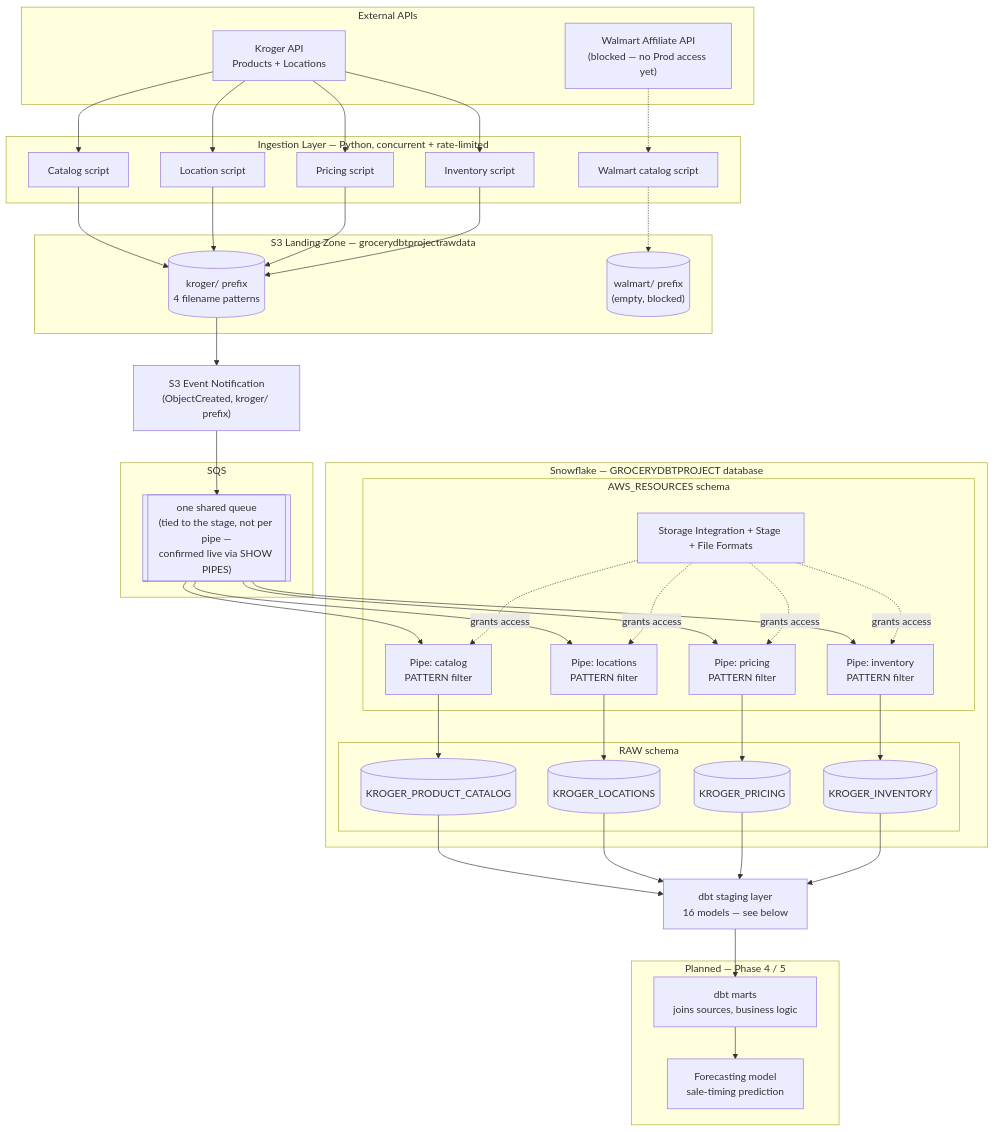
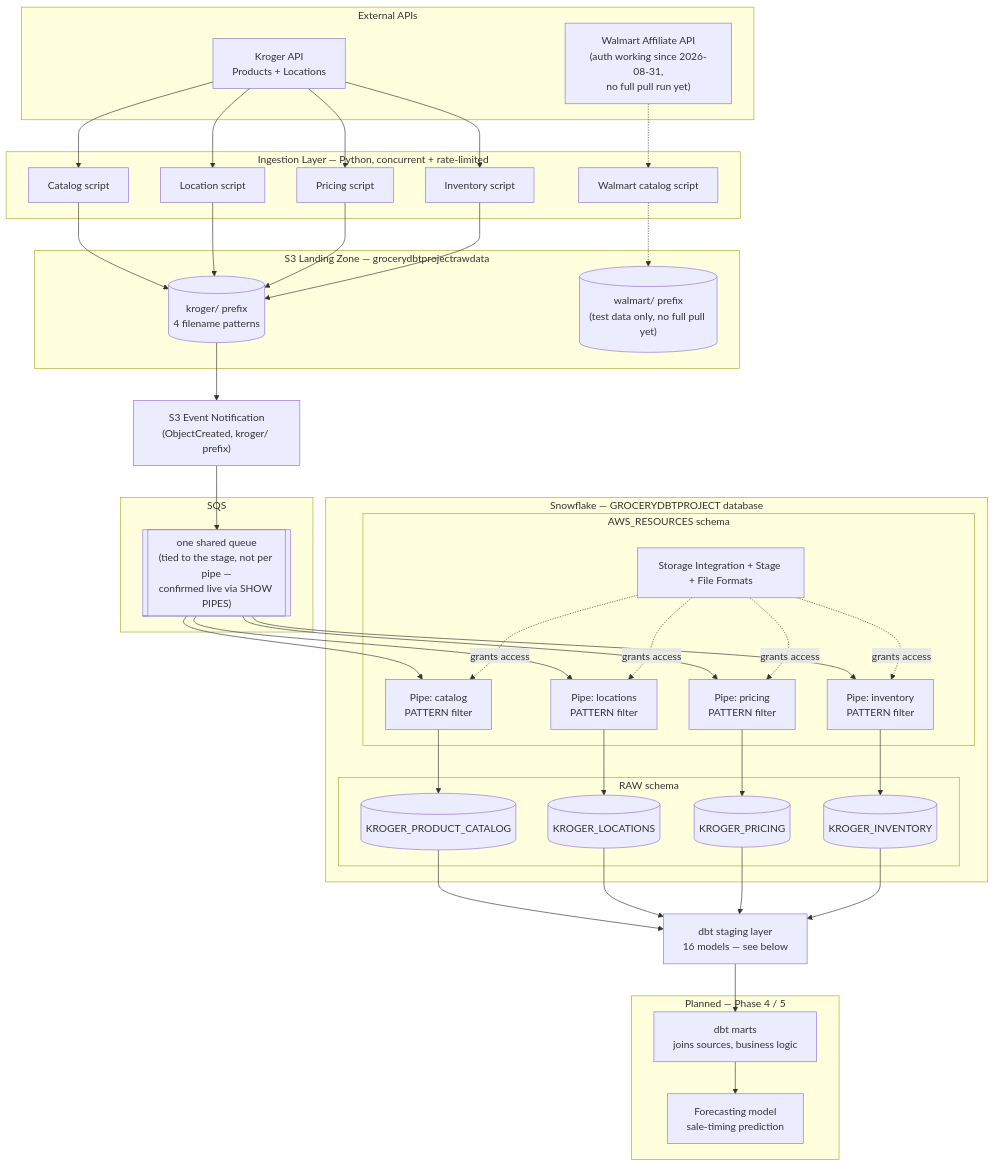
One commit to jdsmithwes/GroceryPriceProjectDBT changed the first of 3 diagrams in Project Architecture.md. Above: the diagram before and after it, drawn with Mermaid. The commit also changed other lines of this file and 2 other files, not shown here.

Commit message:
Resolve Walmart Prod auth; fix category filter to use real Food department
Root cause of the signature-verification failures was a key mismatch, not
a code bug (independently re-verified the signing implementation against
Walmart's own docs). Fixed by uploading a fresh key pair and confirming
the portal's key-version counter actually incremented. Also replaced the
unfiltered-walk + keyword-filter approach (which false-positived on
non-grocery items) with server-side scoping to Walmart's real Food
department, confirmed via the Taxonomy API.

Updated instructions.md and Project Architecture.md to reflect Walmart
moving from blocked to working.

````diff
--- a/Project Architecture.md
+++ b/Project Architecture.md
@@ -7,75 +7,75 @@
 ```mermaid
 flowchart TD
     subgraph EXT["External APIs"]
         KAPI["Kroger API<br/>Products + Locations"]
-        WAPI["Walmart Affiliate API<br/>(blocked — no Prod access yet)"]
+        WAPI["Walmart Affiliate API<br/>(auth working since 2026-08-31,<br/>no full pull run yet)"]
     end
 
     subgraph ING["Ingestion Layer — Python, concurrent + rate-limited"]
         KCAT["Catalog script"]
         KLOC["Location script"]
         KPRC["Pricing script"]
         KINV["Inventory script"]
         WCAT["Walmart catalog script"]
     end
 
     subgraph S3["S3 Landing Zone — grocerydbtprojectrawdata"]
         S3K[("kroger/ prefix<br/>4 filename patterns")]
-        S3W[("walmart/ prefix<br/>(empty, blocked)")]
+        S3W[("walmart/ prefix<br/>(test data only, no full pull yet)")]
     end
 
     EVTNOTE["S3 Event Notification<br/>(ObjectCreated, kroger/ prefix)"]
 
     subgraph QUEUES["SQS"]
         Q1[["one shared queue<br/>(tied to the stage, not per pipe —<br/>confirmed live via SHOW PIPES)"]]
     end
 
     subgraph SF["Snowflake — GROCERYDBTPROJECT database"]
         subgraph AWSRES["AWS_RESOURCES schema"]
             SI["Storage Integration + Stage + File Formats"]
             P1["Pipe: catalog<br/>PATTERN filter"]
             P2["Pipe: locations<br/>PATTERN filter"]
             P3["Pipe: pricing<br/>PATTERN filter"]
             P4["Pipe: inventory<br/>PATTERN filter"]
         end
         subgraph RAWS["RAW schema"]
             T1[("KROGER_PRODUCT_CATALOG")]
             T2[("KROGER_LOCATIONS")]
             T3[("KROGER_PRICING")]
             T4[("KROGER_INVENTORY")]
         end
     end
 
     DBT["dbt staging layer<br/>16 models — see below"]
 
     subgraph FUTURE["Planned — Phase 4 / 5"]
         MARTS["dbt marts<br/>joins sources, business logic"]
         ML["Forecasting model<br/>sale-timing prediction"]
     end
 
     KAPI --> KCAT & KLOC & KPRC & KINV
     WAPI -.-> WCAT
     KCAT --> S3K
     KLOC --> S3K
     KPRC --> S3K
     KINV --> S3K
     WCAT -.-> S3W
 
     S3K --> EVTNOTE
     EVTNOTE --> Q1
     Q1 --> P1 & P2 & P3 & P4
     SI -. grants access .-> P1
     SI -. grants access .-> P2
     SI -. grants access .-> P3
     SI -. grants access .-> P4
     P1 --> T1
     P2 --> T2
     P3 --> T3
     P4 --> T4
 
     T1 --> DBT
     T2 --> DBT
     T3 --> DBT
     T4 --> DBT
     DBT --> MARTS --> ML
 ```
````
